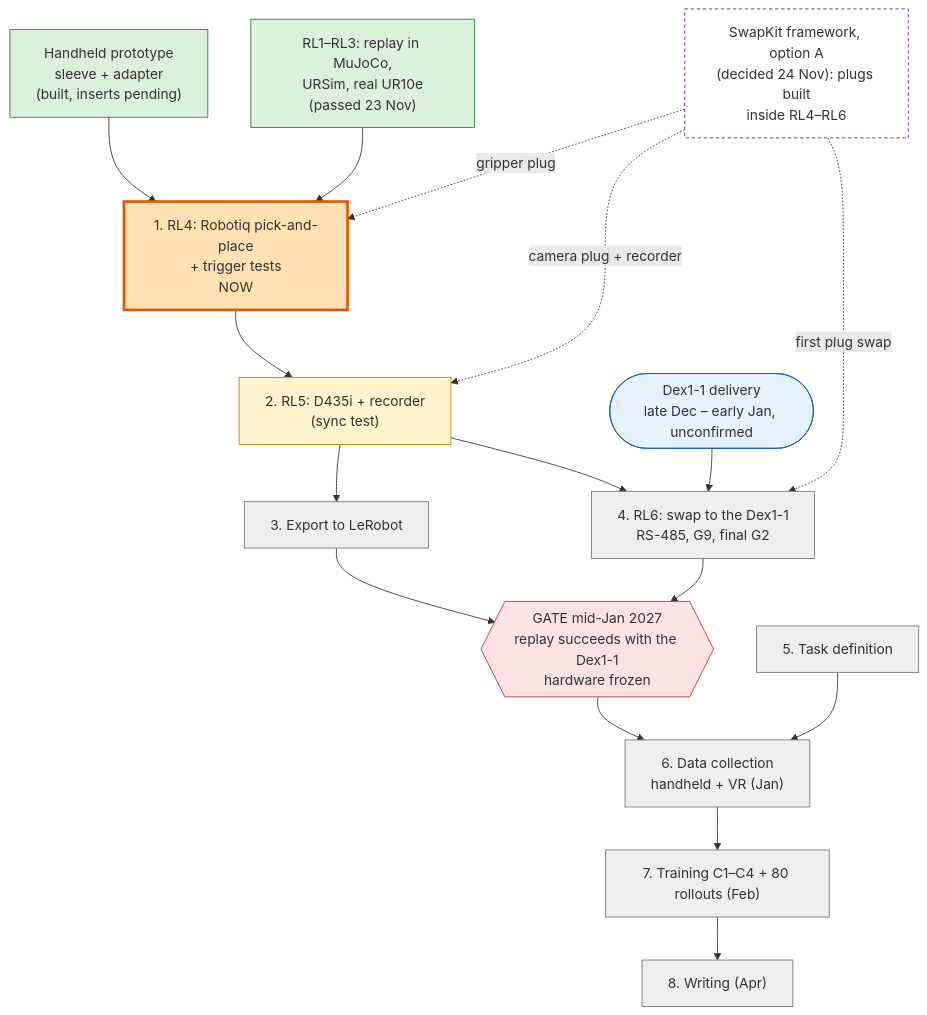
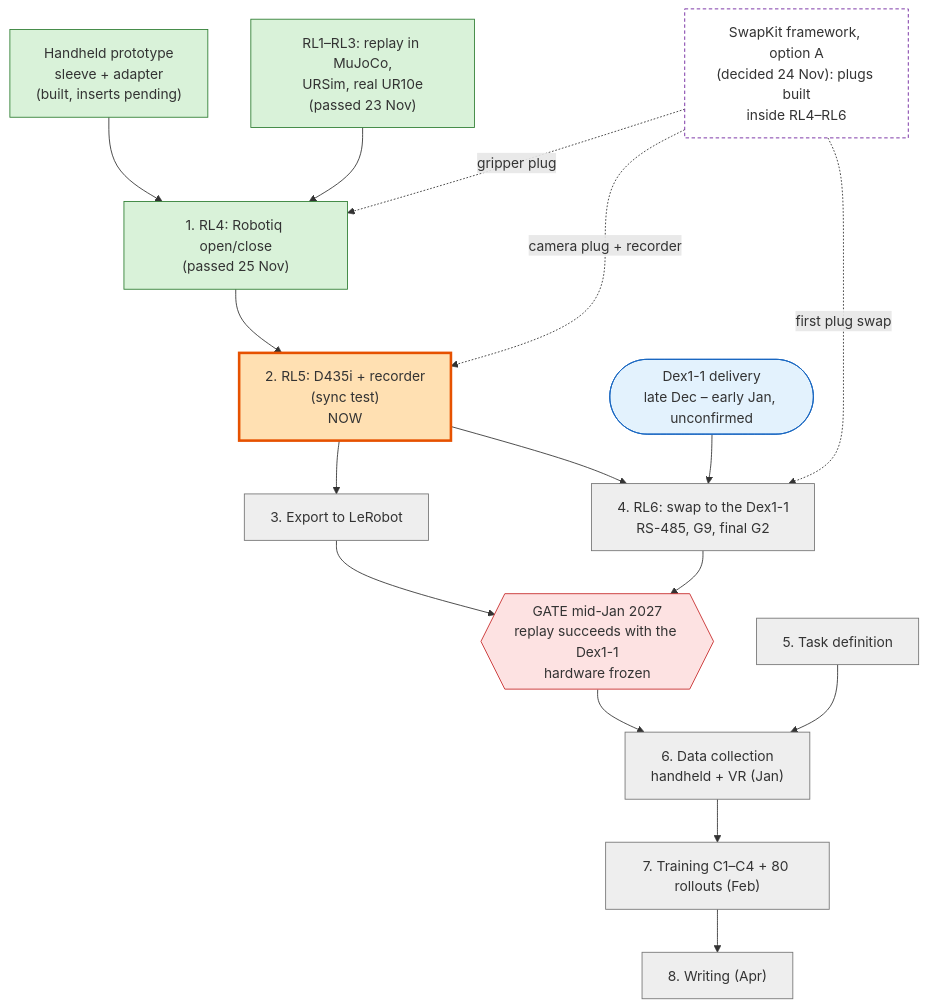
Before and after one commit to EfekTyndall/msc-thesis-vault: the diagram in Agent/Live/2026-11-24 Red Line roadmap.md, drawn with Mermaid. The commit also changed other lines of this file and 6 other files, not shown here.

First line of the commit message:
End day 2026-11-25: daily note closed, 2026-11-26 = RL5 R1-R2, G2 stage 2 to Waiting, roadmap now RL5, AI register P6

````diff
--- a/Agent/Live/2026-11-24 Red Line roadmap.md
+++ b/Agent/Live/2026-11-24 Red Line roadmap.md
@@ -23,33 +23,33 @@
 ```mermaid
 flowchart TD
   H["Handheld prototype<br/>sleeve + adapter<br/>(built, inserts pending)"]:::done
   R13["RL1–RL3: replay in MuJoCo,<br/>URSim, real UR10e<br/>(passed 23 Nov)"]:::done
-  R4["1. RL4: Robotiq pick-and-place<br/>+ trigger tests<br/>NOW"]:::now
-  R5["2. RL5: D435i + recorder<br/>(sync test)"]:::next
+  R4["1. RL4: Robotiq open/close<br/>(passed 25 Nov)"]:::done
+  R5["2. RL5: D435i + recorder<br/>(sync test)<br/>NOW"]:::now
   EX["3. Export to LeRobot"]:::later
   DX(["Dex1-1 delivery<br/>late Dec – early Jan, unconfirmed"]):::ext
   R6["4. RL6: swap to the Dex1-1<br/>RS-485, G9, final G2"]:::later
   G{{"GATE mid-Jan 2027<br/>replay succeeds with the Dex1-1<br/>hardware frozen"}}:::gate
   T["5. Task definition"]:::later
   DC["6. Data collection<br/>handheld + VR (Jan)"]:::later
   TR["7. Training C1–C4 + 80 rollouts (Feb)"]:::later
   W["8. Writing (Apr)"]:::later
   FW["SwapKit framework, option A<br/>(decided 24 Nov): plugs built<br/>inside RL4–RL6"]:::pending
   H --> R4
   R13 --> R4 --> R5 --> EX
   R5 --> R6
   DX --> R6 --> G
   EX --> G
   G --> DC
   T --> DC --> TR --> W
   FW -. gripper plug .-> R4
   FW -. camera plug + recorder .-> R5
   FW -. first plug swap .-> R6
   classDef done fill:#d9f2d9,stroke:#2e7d32
   classDef now fill:#ffe0b2,stroke:#e65100,stroke-width:3px
   classDef next fill:#fff3cd,stroke:#b8860b
   classDef later fill:#eeeeee,stroke:#757575
   classDef ext fill:#e3f2fd,stroke:#1565c0
   classDef gate fill:#fde2e2,stroke:#c62828
   classDef pending fill:#ffffff,stroke:#6a1b9a,stroke-dasharray: 4 3
 ```
````
